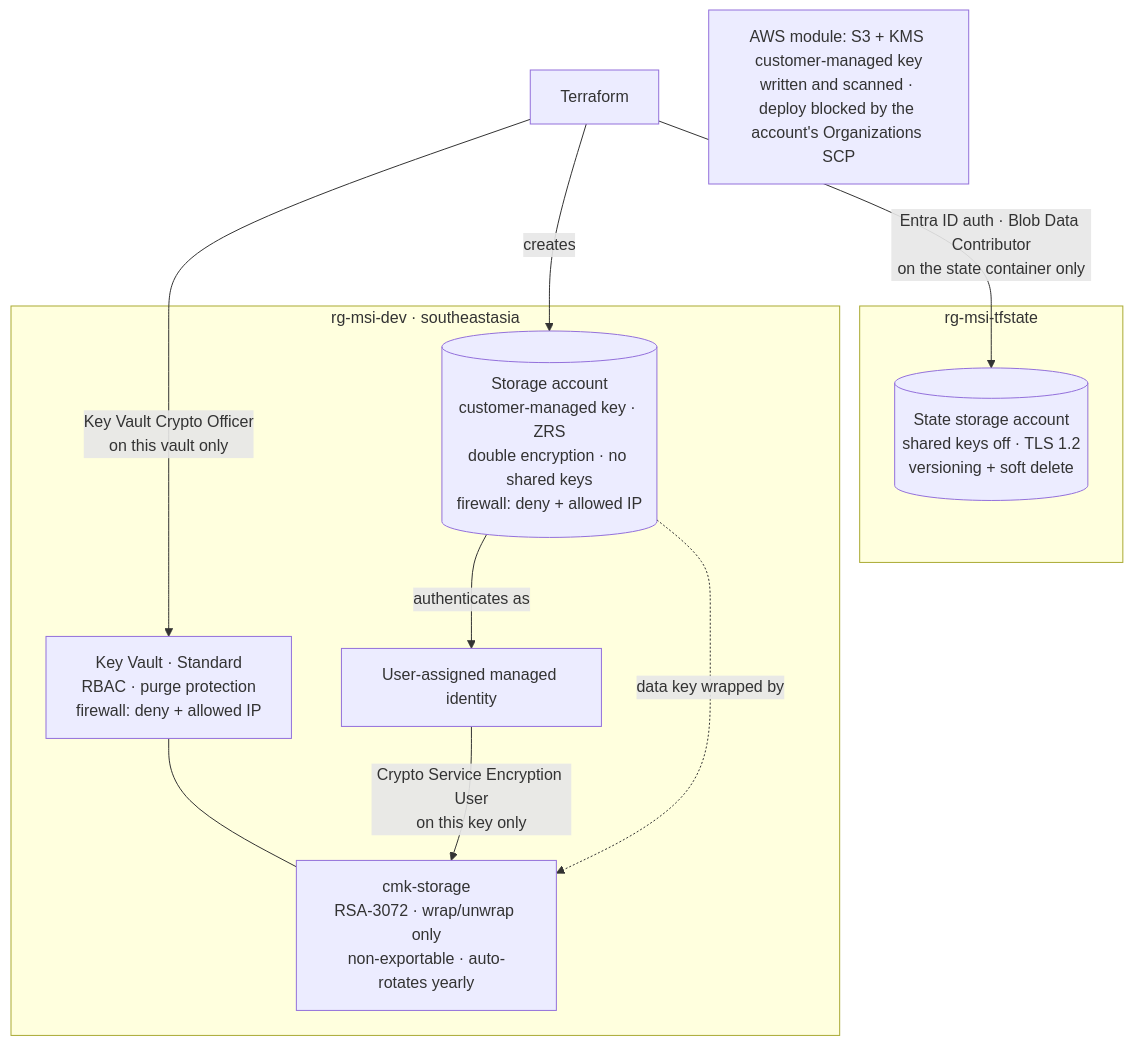
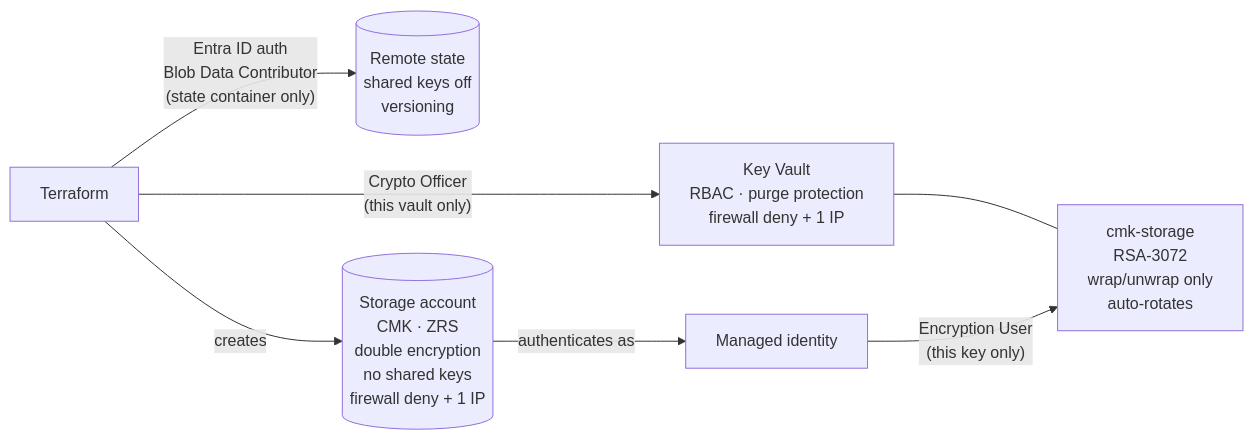
The second of 2 diagrams in README.md (Subash-1507/multicloud-secure-iac), drawn with Mermaid before and after one commit. The commit also changed other lines of this file, not shown here.

Commit message:
Simplify Mermaid diagram layouts

````diff
--- a/README.md
+++ b/README.md
@@ -38,25 +27,9 @@
 ```mermaid
-flowchart TB
-  tf["Terraform"]
-
-  subgraph tfstate_rg["rg-msi-tfstate"]
-    state[("State storage account<br/>shared keys off · TLS 1.2<br/>versioning + soft delete")]
-  end
-
-  subgraph dev_rg["rg-msi-dev · southeastasia"]
-    kv["Key Vault · Standard<br/>RBAC · purge protection<br/>firewall: deny + allowed IP"]
-    key["cmk-storage<br/>RSA-3072 · wrap/unwrap only<br/>non-exportable · auto-rotates yearly"]
-    mi["User-assigned managed identity"]
-    sa[("Storage account<br/>customer-managed key · ZRS<br/>double encryption · no shared keys<br/>firewall: deny + allowed IP")]
-    kv --- key
-    sa -->|"authenticates as"| mi
-    mi -->|"Crypto Service Encryption User<br/>on this key only"| key
-    sa -.->|"data key wrapped by"| key
-  end
-
-  tf -->|"Entra ID auth · Blob Data Contributor<br/>on the state container only"| state
-  tf -->|"Key Vault Crypto Officer<br/>on this vault only"| kv
+flowchart LR
+  tf["Terraform"] -->|"Entra ID auth<br/>Blob Data Contributor<br/>(state container only)"| state[("Remote state<br/>shared keys off<br/>versioning")]
+  tf -->|"Crypto Officer<br/>(this vault only)"| kv["Key Vault<br/>RBAC · purge protection<br/>firewall deny + 1 IP"]
+  kv --- key["cmk-storage<br/>RSA-3072<br/>wrap/unwrap only<br/>auto-rotates"]
+  sa[("Storage account<br/>CMK · ZRS<br/>double encryption<br/>no shared keys<br/>firewall deny + 1 IP")] -->|"authenticates as"| mi["Managed identity"]
+  mi -->|"Encryption User<br/>(this key only)"| key
   tf -->|"creates"| sa
-
-  aws["AWS module: S3 + KMS customer-managed key<br/>written and scanned · deploy blocked by the account's Organizations SCP"]
 ```
````
